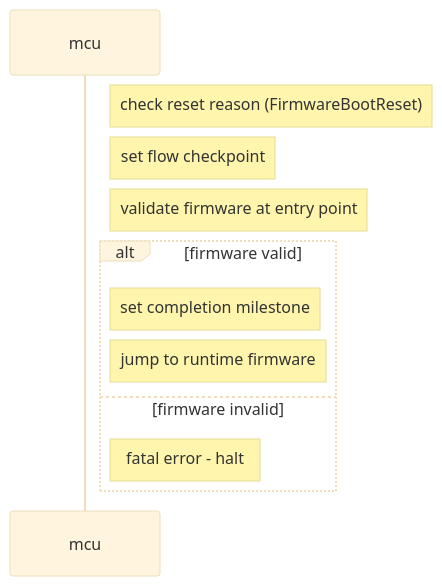
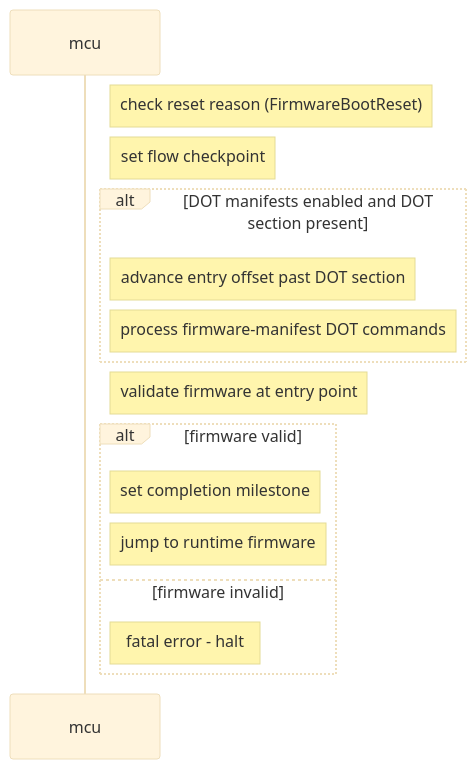
Before and after one commit to chipsalliance/caliptra-mcu-sw: the second of 4 diagrams in docs/src/rom.md, drawn with Mermaid (base theme). The commit also changed other lines of this file, not shown here.

````diff
--- a/docs/src/rom.md
+++ b/docs/src/rom.md
@@ -142,12 +146,16 @@
 ```mermaid
 sequenceDiagram
     note right of mcu: check reset reason (FirmwareBootReset)
     note right of mcu: set flow checkpoint
+    alt DOT manifests enabled and DOT section present
+        note right of mcu: advance entry offset past DOT section
+        note right of mcu: process firmware-manifest DOT commands
+    end
     note right of mcu: validate firmware at entry point
     alt firmware valid
         note right of mcu: set completion milestone
         note right of mcu: jump to runtime firmware
     else firmware invalid
         note right of mcu: fatal error - halt
     end
 ```
````
